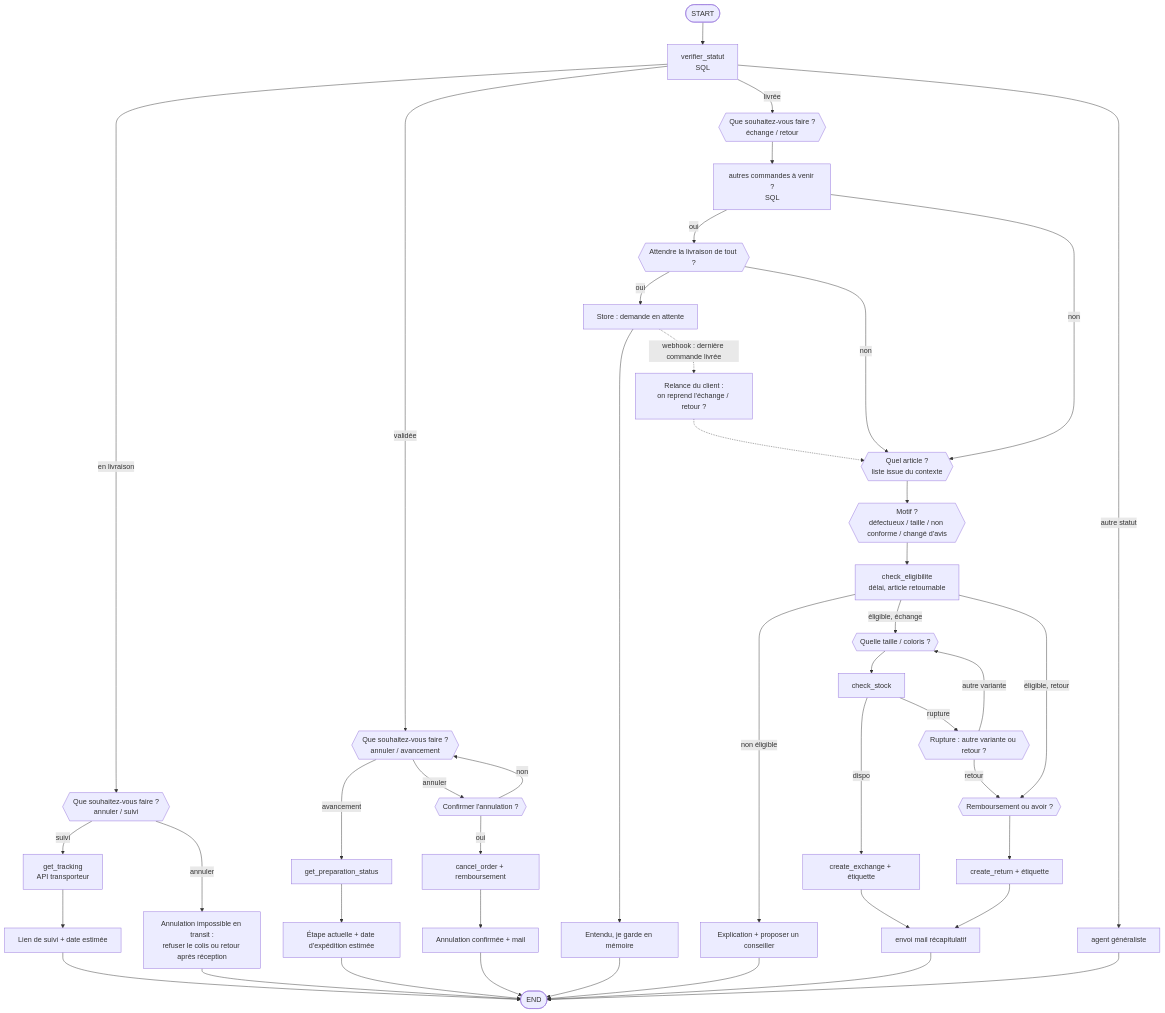
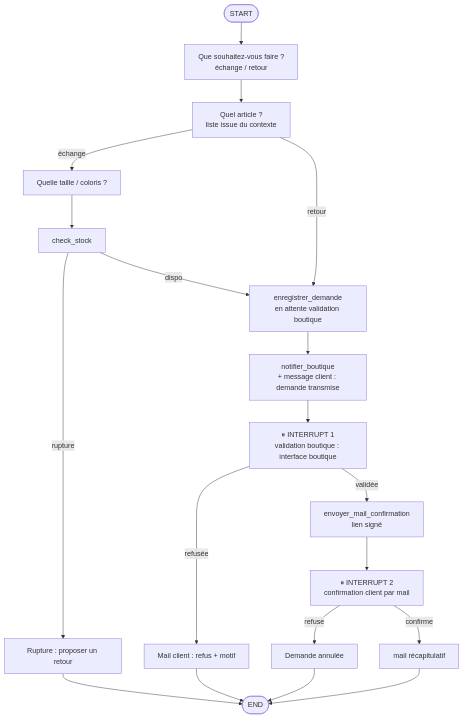
Before and after one commit to tangmomb/agent_sav: the diagram in pipeline_ecommerce.mmd, drawn with Mermaid. The commit also changed 16 other files, not shown here.

```diff
--- a/pipeline_ecommerce.mmd
+++ b/pipeline_ecommerce.mmd
@@ -1,46 +1,16 @@
 flowchart TD
-    START([START]) --> verif[verifier_statut<br/>SQL]
-    verif -->|en livraison| qLiv{{"Que souhaitez-vous faire ?<br/>annuler / suivi"}}
-    verif -->|validée| qVal{{"Que souhaitez-vous faire ?<br/>annuler / avancement"}}
-    verif -->|livrée| qLivree{{"Que souhaitez-vous faire ?<br/>échange / retour"}}
-    verif -->|autre statut| fallback[agent généraliste]
-
-    %% Branche en livraison
-    qLiv -->|suivi| suivi[get_tracking<br/>API transporteur]
-    suivi --> msgSuivi["Lien de suivi + date estimée"]
-    qLiv -->|annuler| msgTransit["Annulation impossible en transit :<br/>refuser le colis ou retour après réception"]
-
-    %% Branche validée
-    qVal -->|avancement| avanc[get_preparation_status]
-    avanc --> msgAvanc["Étape actuelle + date d'expédition estimée"]
-    qVal -->|annuler| confAnn{{"Confirmer l'annulation ?"}}
-    confAnn -->|oui| annuler[cancel_order + remboursement]
-    annuler --> msgAnn["Annulation confirmée + mail"]
-    confAnn -->|non| qVal
-
-    %% Branche livrée
-    qLivree --> autres[autres commandes à venir ?<br/>SQL]
-    autres -->|oui| qAttendre{{"Attendre la livraison de tout ?"}}
-    autres -->|non| qArticle
-    qAttendre -->|oui| memo["Store : demande en attente"]
-    memo --> msgMemo["Entendu, je garde en mémoire"]
-    qAttendre -->|non| qArticle{{"Quel article ?<br/>liste issue du contexte"}}
-    qArticle --> qMotif{{"Motif ?<br/>défectueux / taille / non conforme / changé d'avis"}}
-    qMotif --> eligible[check_eligibilite<br/>délai, article retournable]
-    eligible -->|non éligible| msgRefus["Explication + proposer un conseiller"]
-    eligible -->|éligible, échange| qVariante{{"Quelle taille / coloris ?"}}
-    eligible -->|éligible, retour| qRemb{{"Remboursement ou avoir ?"}}
-    qVariante --> stock[check_stock]
-    stock -->|dispo| echange[create_exchange + étiquette]
-    stock -->|rupture| qAlt{{"Rupture : autre variante ou retour ?"}}
-    qAlt -->|autre variante| qVariante
-    qAlt -->|retour| qRemb
-    qRemb --> retour[create_return + étiquette]
-    echange --> mail[envoi mail récapitulatif]
-    retour --> mail
-
-    msgSuivi & msgTransit & msgAvanc & msgAnn & msgMemo & msgRefus & mail & fallback --> FIN([END])
-
-    %% Reprise différée
-    memo -.->|webhook : dernière commande livrée| reprise["Relance du client :<br/>on reprend l'échange / retour ?"]
-    reprise -.-> qArticle
+    START([START]) --> action["Que souhaitez-vous faire ?<br/>échange / retour"]
+    action --> article["Quel article ?<br/>liste issue du contexte"]
+    article -->|échange| variante["Quelle taille / coloris ?"]
+    variante --> stock[check_stock]
+    stock -->|rupture| proposition["Rupture : proposer un retour"]
+    stock -->|dispo| enregistrer["enregistrer_demande<br/>en attente validation boutique"]
+    article -->|retour| enregistrer
+    enregistrer --> notifier["notifier_boutique<br/>+ message client : demande transmise"]
+    notifier --> boutique["⏸ INTERRUPT 1<br/>validation boutique : interface boutique"]
+    boutique -->|refusée| refus["Mail client : refus + motif"]
+    boutique -->|validée| mail["envoyer_mail_confirmation<br/>lien signé"]
+    mail --> client["⏸ INTERRUPT 2<br/>confirmation client par mail"]
+    client -->|refuse| annulation["Demande annulée"]
+    client -->|confirme| recap["mail récapitulatif"]
+    proposition & refus & annulation & recap --> FIN([END])
```
